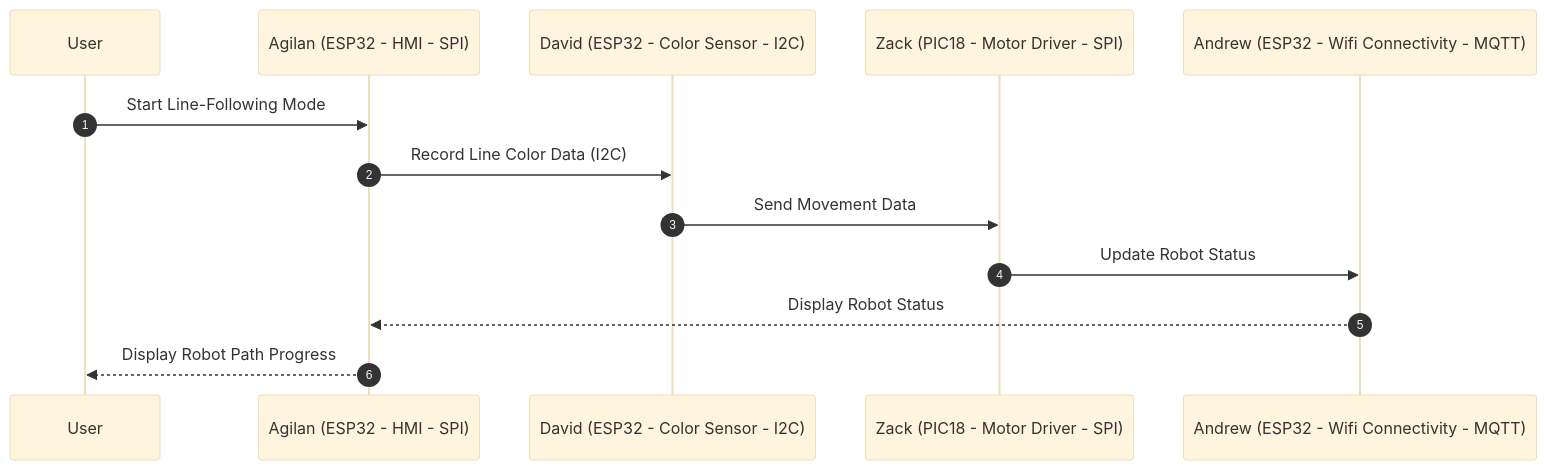
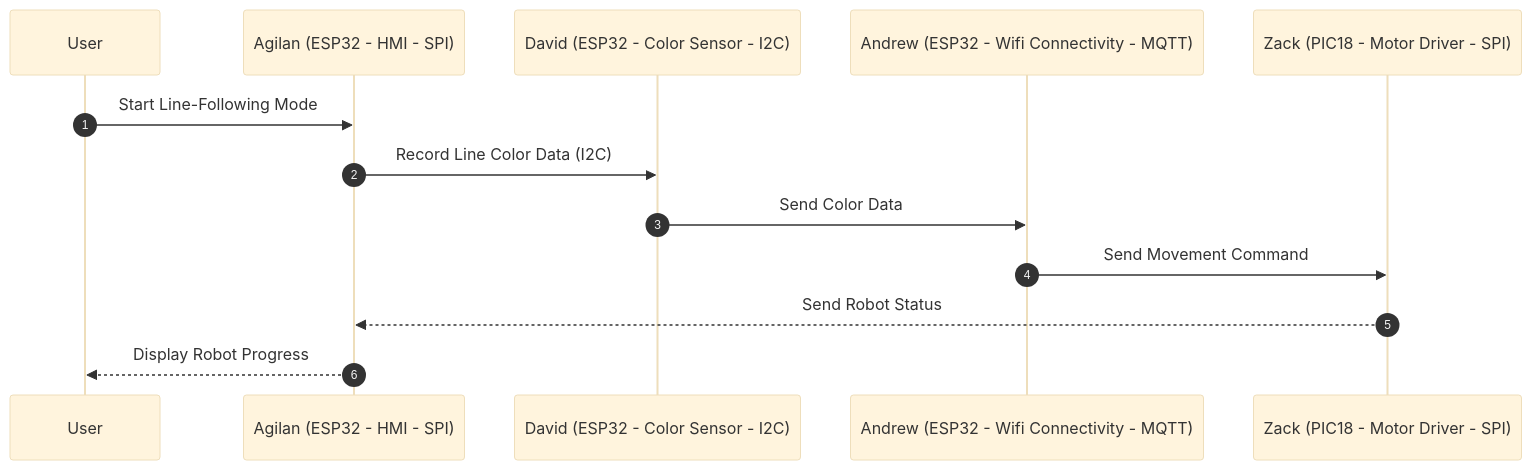
One commit to ASU-EGR314-2025-S-305/ASU-EGR314-2025-S-305.github.io changed the first of 2 diagrams in docs/2-Block-Diagram.md. Above: the diagram before and after it, drawn with Mermaid (base theme).

````diff
--- a/docs/2-Block-Diagram.md
+++ b/docs/2-Block-Diagram.md
@@ -88,16 +88,17 @@
 ```mermaid
 sequenceDiagram
     autonumber
     participant User
     participant HMI as Agilan (ESP32 - HMI - SPI)
     participant David as David (ESP32 - Color Sensor - I2C)
+    participant Andrew as Andrew (ESP32 - Wifi Connectivity - MQTT)
     participant Zack as Zack (PIC18 - Motor Driver - SPI)
-    participant Andrew as Andrew (ESP32 - Wifi Connectivity - MQTT)
+
 
     User->>HMI: Start Line-Following Mode
     HMI->>David: Record Line Color Data (I2C)
-    David->>Zack: Send Movement Data
-    Zack->>Andrew: Update Robot Status
-    Andrew-->>HMI: Display Robot Status
-    HMI-->>User: Display Robot Path Progress
+    David->>Andrew: Send Color Data
+    Andrew->>Zack: Send Movement Command
+    Zack-->>HMI: Send Robot Status
+    HMI-->>User: Display Robot Progress
 ```
````
